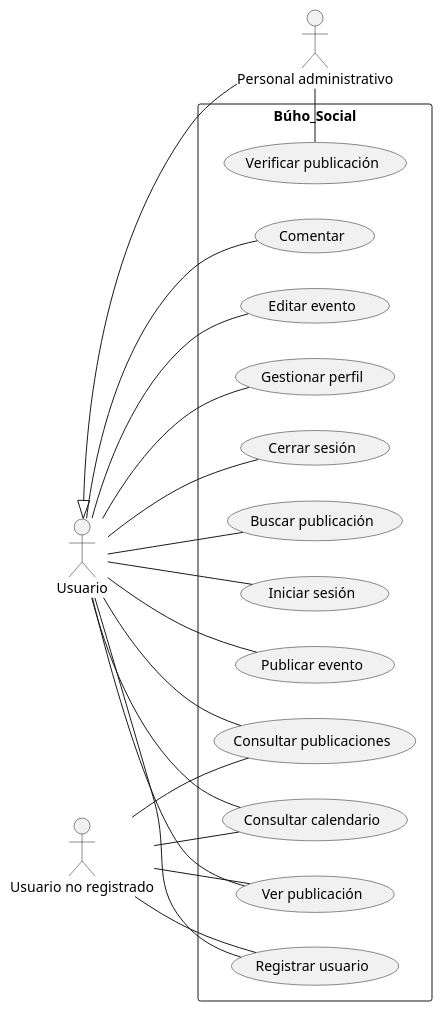
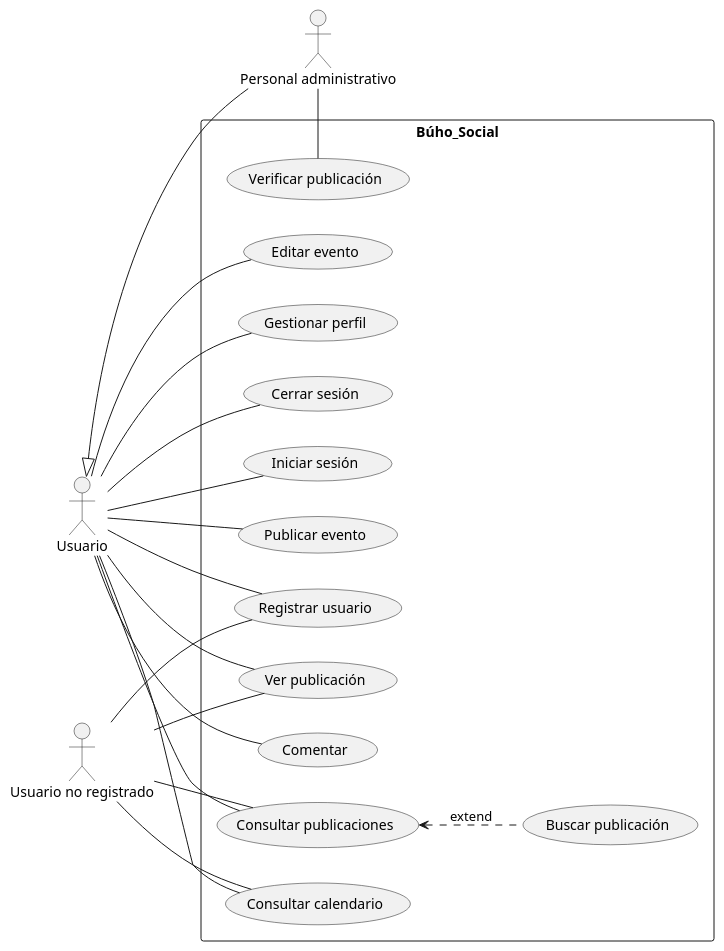
One commit to Dayannis-07/ING_SOFT changed the diagram in docs/scenariosView/useCaseDiagram.puml. Above: the diagram before and after it, drawn with PlantUML.

Commit message:
use case diagram corrections

```diff
--- a/docs/scenariosView/useCaseDiagram.puml
+++ b/docs/scenariosView/useCaseDiagram.puml
@@ -1,40 +1,40 @@
 @startuml Diagrama de casos de uso
 actor "Personal administrativo" as admin
 actor Usuario as user
 actor "Usuario no registrado" as userR
 left to right direction
 
 
 rectangle Búho_Social{
     usecase "Iniciar sesión" as UC1
     usecase "Registrar usuario" as UC2
     usecase "Consultar publicaciones" as UC3
     usecase "Publicar evento" as UC4
     usecase "Ver publicación" as UC5
     usecase "Comentar" as UC6
     usecase "Editar evento" as UC7
     usecase "Gestionar perfil" as UC8
     usecase "Cerrar sesión" as UC9
     usecase "Verificar publicación" as UC10
     usecase "Consultar calendario" as UC11
     usecase "Buscar publicación" as UC12
 }
 admin--UC10
 user--UC1
 user--UC2
 user--UC3
+UC12 .u.>UC3 :extend
 user--UC4
 user--UC5
 user--UC6
 user--UC7
 user--UC8
 user--UC9
 user--UC11
-user--UC12
 user <|-- admin
 userR--UC3
 userR--UC5
 userR--UC2
 userR--UC11
 
 @enduml
```
